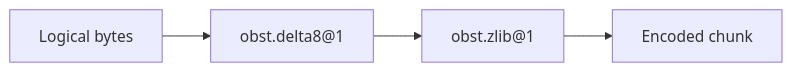
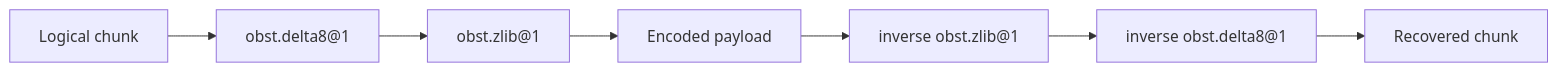
Before and after one commit to SmolBlackHole/Obst: the diagram in README.md, drawn with Mermaid. The commit also changed other lines of this file and 23 other files, not shown here.

````diff
--- a/README.md
+++ b/README.md
@@ -59,6 +169,9 @@
 ```mermaid
 flowchart LR
-    Input["Logical bytes"] --> Delta["obst.delta8@1"]
+    Logical["Logical chunk"] --> Delta["obst.delta8@1"]
     Delta --> Zlib["obst.zlib@1"]
-    Zlib --> Stored["Encoded chunk"]
+    Zlib --> Stored["Encoded payload"]
+    Stored --> Inflate["inverse obst.zlib@1"]
+    Inflate --> Undelta["inverse obst.delta8@1"]
+    Undelta --> Recovered["Recovered chunk"]
 ```
````
